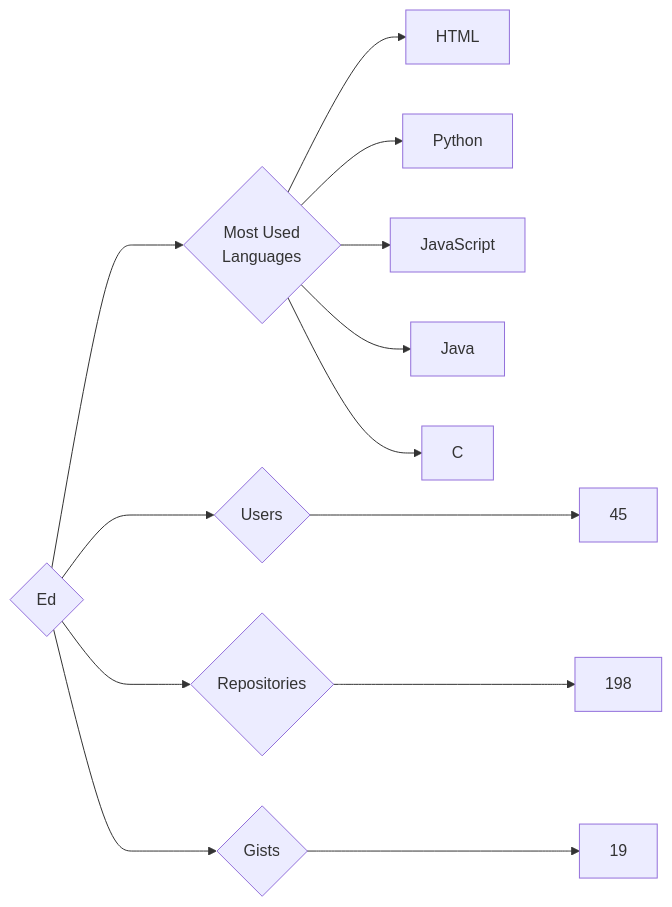
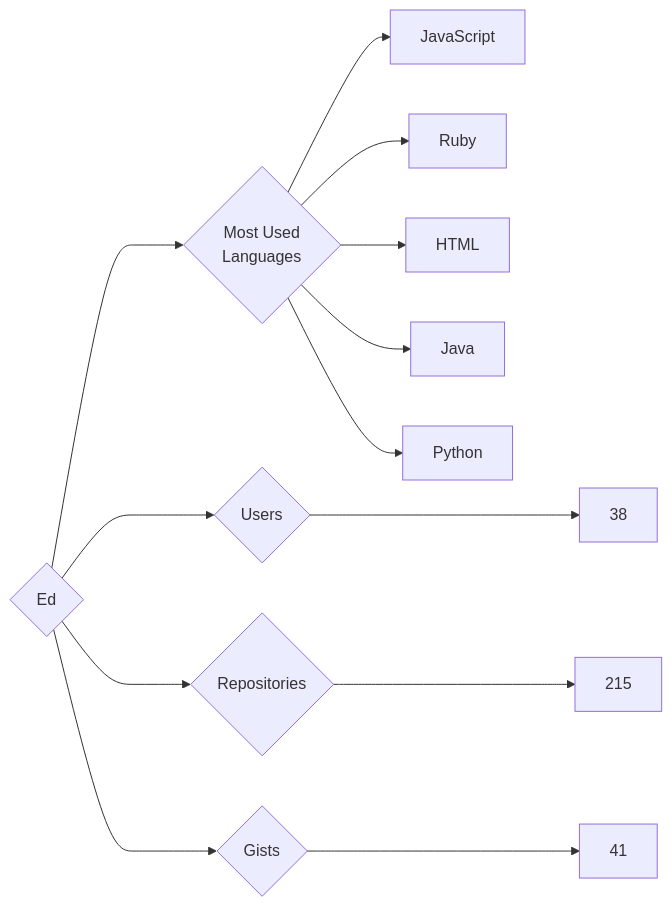
One commit to trickest/insiders changed the diagram in targets/Ed/README.md. Above: the diagram before and after it, drawn with Mermaid. The commit also changed 610 other files, not shown here.

````diff
--- a/targets/Ed/README.md
+++ b/targets/Ed/README.md
@@ -3,13 +3,13 @@
 ```mermaid
 graph LR
 COMPANY_NAME{Ed}
-COMPANY_NAME ---> U{Users} ---> UN[45]
-COMPANY_NAME ---> R{Repositories} ---> RN[198]
-COMPANY_NAME ---> G{Gists} ---> GN[19]
+COMPANY_NAME ---> U{Users} ---> UN[38]
+COMPANY_NAME ---> R{Repositories} ---> RN[215]
+COMPANY_NAME ---> G{Gists} ---> GN[41]
 COMPANY_NAME ---> ML{Most Used<br>Languages}
+ML --> JavaScript[JavaScript]
+ML --> Ruby[Ruby]
 ML --> HTML[HTML]
+ML --> Java[Java]
 ML --> Python[Python]
-ML --> JavaScript[JavaScript]
-ML --> Java[Java]
-ML --> C[C]
 ```
````
